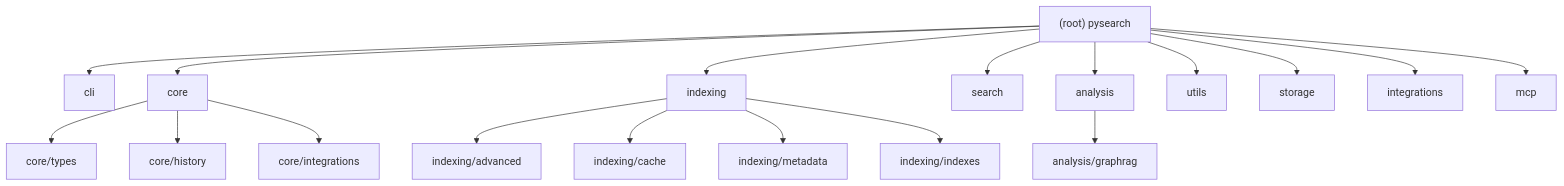
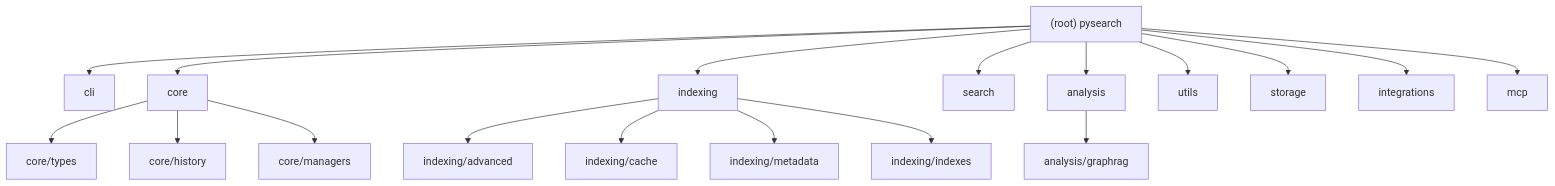
The first of 2 diagrams in CLAUDE.md (AstroAir/code-extractor), drawn with Mermaid before and after one commit. The commit also changed other lines of this file and 200 other files, not shown here.

````diff
--- a/CLAUDE.md
+++ b/CLAUDE.md
@@ -33,33 +40,33 @@
 ```mermaid
 graph TD
     Root["(root) pysearch"] --> CLI["cli"];
     Root --> Core["core"];
     Root --> Indexing["indexing"];
     Root --> Search["search"];
     Root --> Analysis["analysis"];
     Root --> Utils["utils"];
     Root --> Storage["storage"];
     Root --> Integrations["integrations"];
     Root --> MCP["mcp"];
 
     Indexing --> Advanced["indexing/advanced"];
     Indexing --> Cache["indexing/cache"];
     Indexing --> Metadata["indexing/metadata"];
     Indexing --> Indexes["indexing/indexes"];
 
     Core --> Types["core/types"];
     Core --> History["core/history"];
-    Core --> CoreIntegrations["core/integrations"];
+    Core --> Managers["core/managers"];
 
     Analysis --> GraphRAG["analysis/graphrag"];
 
     click CLI "./src/pysearch/cli/CLAUDE.md" "View CLI Module Documentation"
     click Core "./src/pysearch/core/CLAUDE.md" "View Core Module Documentation"
     click Indexing "./src/pysearch/indexing/CLAUDE.md" "View Indexing Module Documentation"
     click Search "./src/pysearch/search/CLAUDE.md" "View Search Module Documentation"
     click Analysis "./src/pysearch/analysis/CLAUDE.md" "View Analysis Module Documentation"
     click Utils "./src/pysearch/utils/CLAUDE.md" "View Utils Module Documentation"
     click Storage "./src/pysearch/storage/CLAUDE.md" "View Storage Module Documentation"
     click Integrations "./src/pysearch/integrations/CLAUDE.md" "View Integrations Module Documentation"
     click MCP "./mcp/CLAUDE.md" "View MCP Module Documentation"
 ```
````
